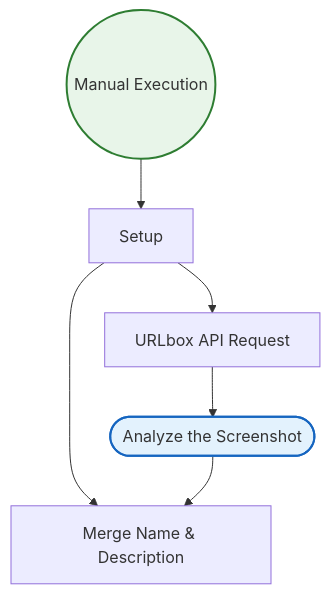
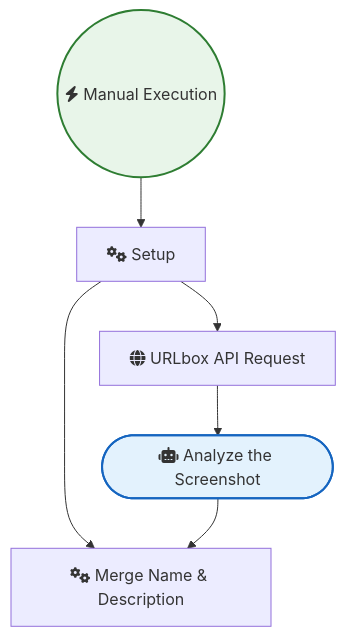
One commit to sreyash3105/N8N-DEMO-AUTOMATIONS changed the diagram in Other_Integrations_and_Use_Cases/Analyze Screenshots with Ai.md. Above: the diagram before and after it, drawn with Mermaid. The commit also changed 291 other files, not shown here.

````diff
--- a/Other_Integrations_and_Use_Cases/Analyze Screenshots with Ai.md
+++ b/Other_Integrations_and_Use_Cases/Analyze Screenshots with Ai.md
@@ -1,18 +1,18 @@
 ```mermaid
 graph TD
     classDef trigger fill:#e8f5e9,stroke:#2e7d32,stroke-width:2px;
     classDef ai fill:#e3f2fd,stroke:#1565c0,stroke-width:2px;
     classDef logic fill:#fff3e0,stroke:#ef6c00,stroke-width:2px;
 
-    Setup["Setup"]
-    URLbox_API_Request["URLbox API Request"]
-    Analyze_the_Screenshot(["Analyze the Screenshot"]):::ai
-    Merge_Name___Description["Merge Name & Description"]
-    Manual_Execution(("Manual Execution")):::trigger
+    Setup["fas:fa-cogs Setup"]
+    URLbox_API_Request["fas:fa-globe URLbox API Request"]
+    Analyze_the_Screenshot(["fas:fa-robot Analyze the Screenshot"]):::ai
+    Merge_Name___Description["fas:fa-cogs Merge Name & Description"]
+    Manual_Execution(("fas:fa-bolt Manual Execution")):::trigger
 
     Setup --> URLbox_API_Request
     Setup --> Merge_Name___Description
     Manual_Execution --> Setup
     URLbox_API_Request --> Analyze_the_Screenshot
     Analyze_the_Screenshot --> Merge_Name___Description
 ```
````
